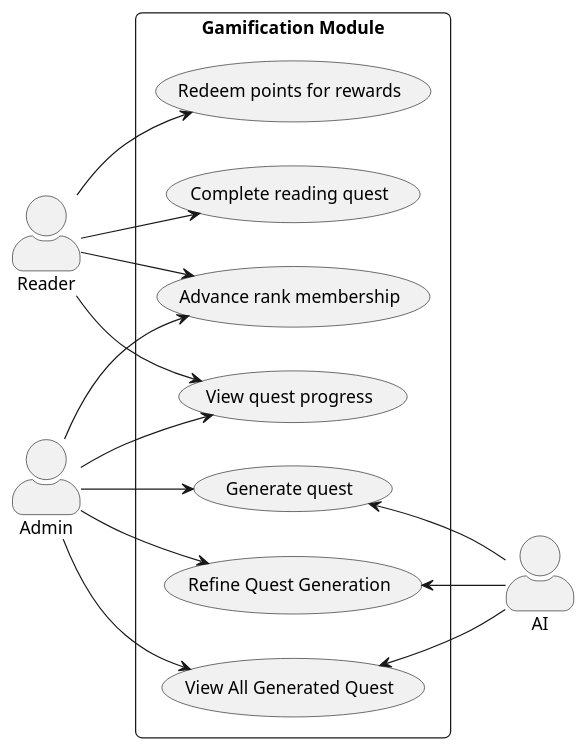
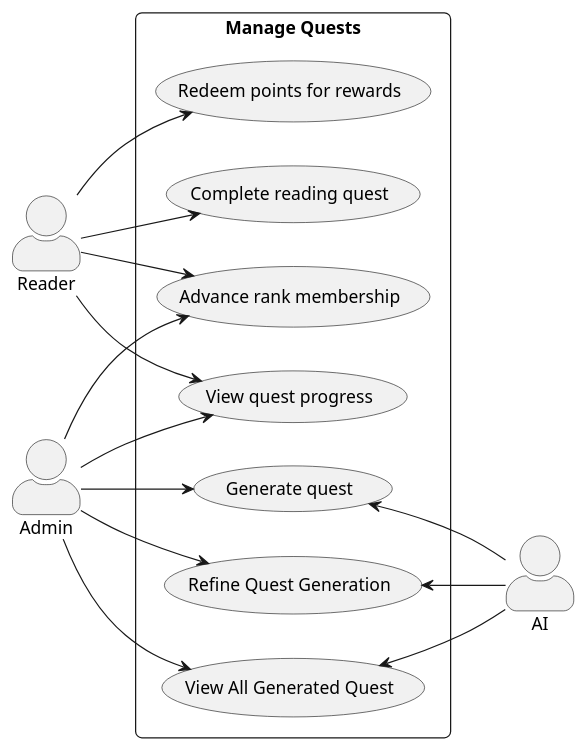
The diagram in docs/MSYADD1/Multi Module Use Case Diagram/TechKalang_UCD_ManageQuests.puml (APC-SoCIT-TechKalang/SORA-Smart-Organized-Reading-Adventure), drawn with PlantUML before and after one commit.

Commit message:
Update Use Case Diagram for Manage Quests module

```diff
--- a/docs/MSYADD1/Multi Module Use Case Diagram/TechKalang_UCD_ManageQuests.puml
+++ b/docs/MSYADD1/Multi Module Use Case Diagram/TechKalang_UCD_ManageQuests.puml
@@ -1,41 +1,41 @@
 @startuml
 left to right direction
 skinparam packageStyle rectangle
 skinparam roundcorner 10
 skinparam actorStyle awesome
 
 ' Define Actors
 actor "Reader" as reader
 actor "Admin" as admin
 actor "AI" as ai
 
 ' Define Module & Use Cases
-rectangle "Gamification Module" {
+rectangle "Manage Quests" {
     usecase "View quest progress" as UC_ViewProgress
     usecase "Complete reading quest" as UC_CompleteQuest
     usecase "Redeem points for rewards" as UC_RedeemPoints
     usecase "View All Generated Quest" as UC_ViewAllQuests
     usecase "Generate quest" as UC_GenerateQuest
     usecase "Refine Quest Generation" as UC_RefineQuest
     usecase "Advance rank membership" as UC_AdvanceRank
 }
 
 ' Reader Connections
 reader --> UC_ViewProgress
 reader --> UC_CompleteQuest
 reader --> UC_RedeemPoints
 reader --> UC_AdvanceRank
 
 ' Admin Connections
 admin --> UC_ViewProgress
 admin --> UC_ViewAllQuests
 admin --> UC_GenerateQuest
 admin --> UC_RefineQuest
 admin --> UC_AdvanceRank
 
 ' AI Connections
 UC_ViewAllQuests <-- ai
 UC_GenerateQuest <-- ai
 UC_RefineQuest <-- ai
 
 @enduml
```
